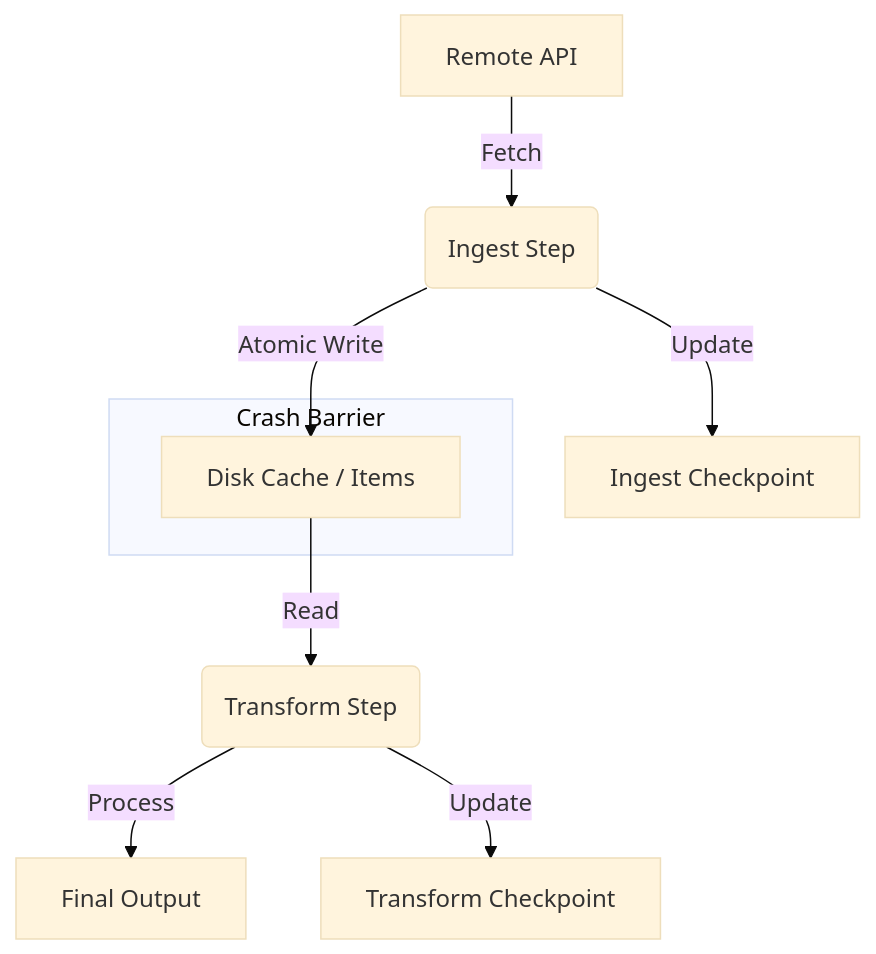
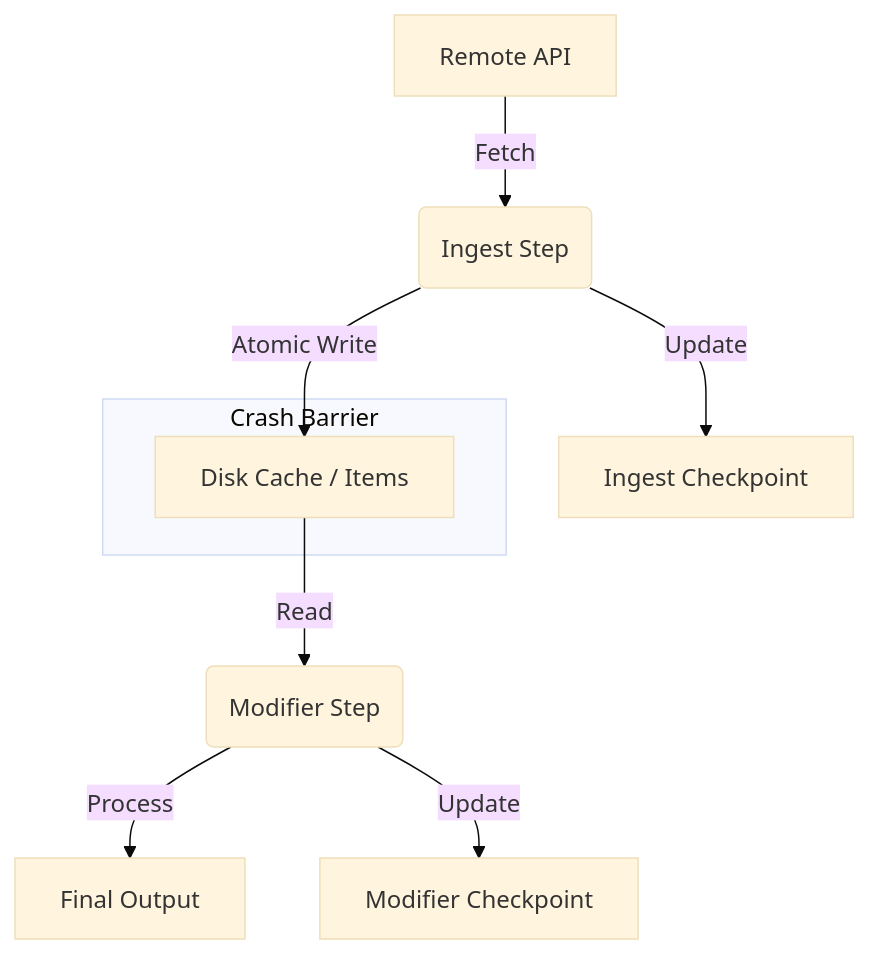
The diagram in docs/spec/stac-manager-v1.0.0/appendix/research-fault-tolerance.md (DecentralizedGeo/stac-manager), drawn with Mermaid (base theme) before and after one commit. The commit also changed other lines of this file and 2 other files, not shown here.

Commit message:
Docs: Remove ScaffoldModule from async parallel analysis and update pipeline visualization

````diff
--- a/docs/spec/stac-manager-v1.0.0/appendix/research-fault-tolerance.md
+++ b/docs/spec/stac-manager-v1.0.0/appendix/research-fault-tolerance.md
@@ -111,14 +111,14 @@
 ```mermaid
 graph TD
     A[Remote API] -->|Fetch| B(Ingest Step)
     B -->|Atomic Write| C[Disk Cache / Items]
     B -->|Update| D[Ingest Checkpoint]
     
-    C -->|Read| E(Transform Step)
+    C -->|Read| E(Modifier Step)
     E -->|Process| F[Final Output]
-    E -->|Update| G[Transform Checkpoint]
+    E -->|Update| G[Modifier Checkpoint]
     
     subgraph "Crash Barrier"
     C
     end
 ```
````
